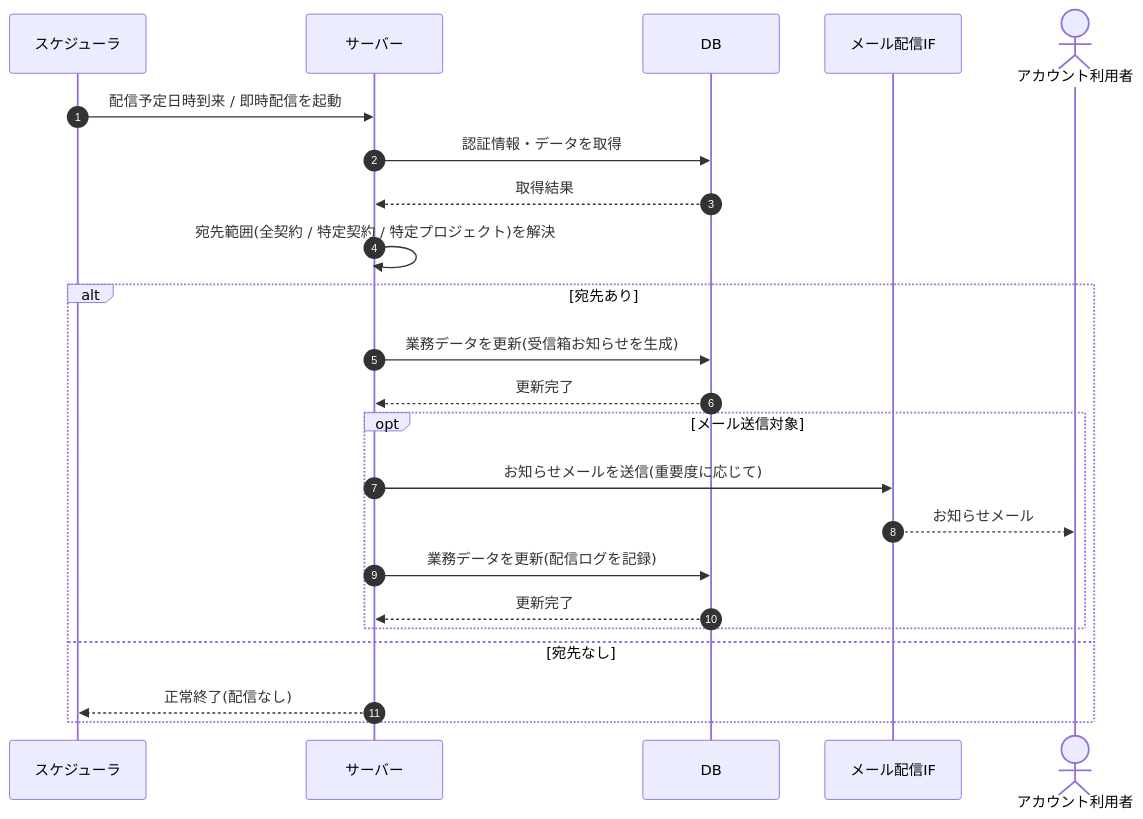
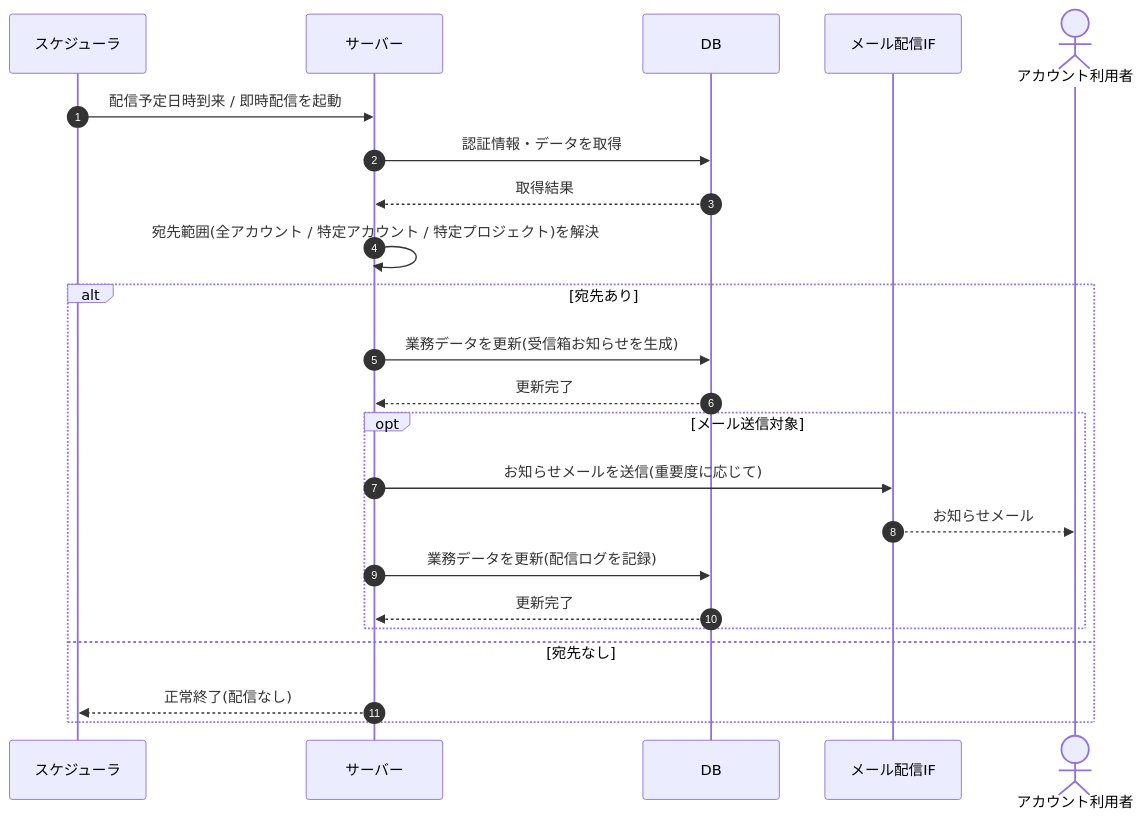
One commit to sikakou54/open-faq changed the diagram in 02_basic_design/03_sequences/SEQ-094.md. Above: the diagram before and after it, drawn with Mermaid. The commit also changed 294 other files, not shown here.

````diff
--- a/02_basic_design/03_sequences/SEQ-094.md
+++ b/02_basic_design/03_sequences/SEQ-094.md
@@ -24,25 +24,25 @@
 ```mermaid
 sequenceDiagram
   autonumber
   participant SCH as スケジューラ
   participant Server as サーバー
   participant DB as DB
   participant MAIL as メール配信IF
   actor U as アカウント利用者
   SCH->>Server: 配信予定日時到来 / 即時配信を起動
   Server->>DB: 認証情報・データを取得
   DB-->>Server: 取得結果
-  Server->>Server: 宛先範囲(全契約 / 特定契約 / 特定プロジェクト)を解決
+  Server->>Server: 宛先範囲(全アカウント / 特定アカウント / 特定プロジェクト)を解決
   alt 宛先あり
     Server->>DB: 業務データを更新(受信箱お知らせを生成)
     DB-->>Server: 更新完了
     opt メール送信対象
       Server->>MAIL: お知らせメールを送信(重要度に応じて)
       MAIL-->>U: お知らせメール
       Server->>DB: 業務データを更新(配信ログを記録)
       DB-->>Server: 更新完了
     end
   else 宛先なし
     Server-->>SCH: 正常終了(配信なし)
   end
 ```
````
